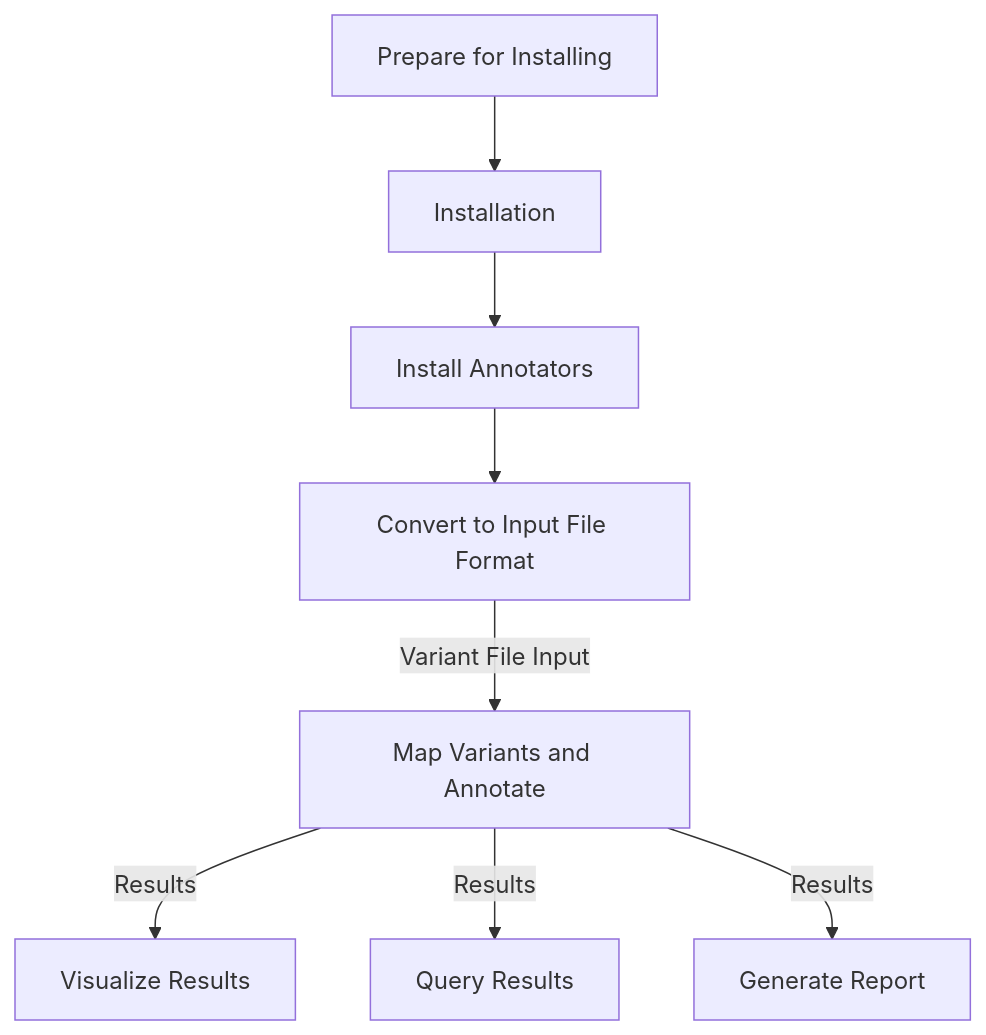
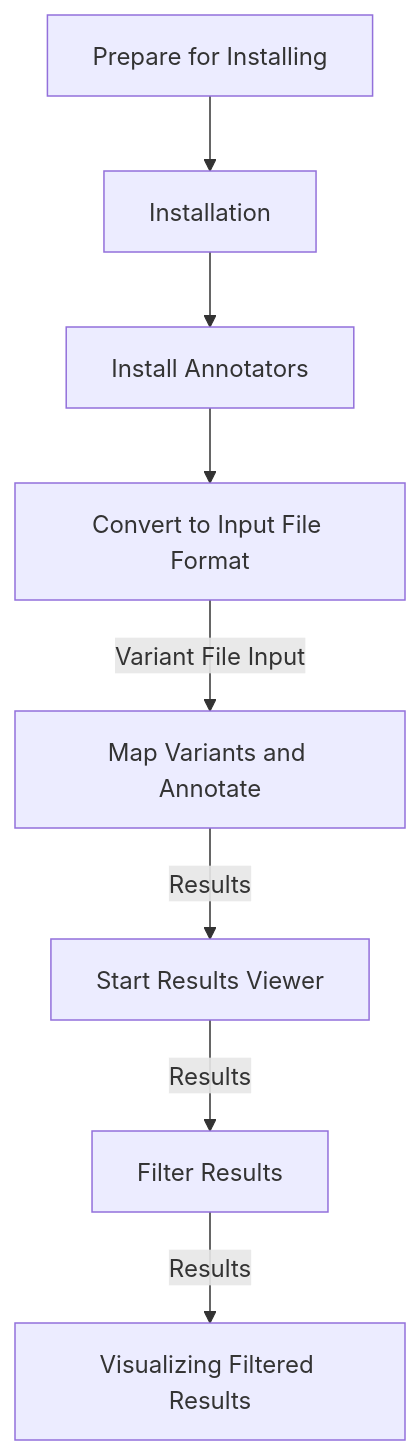
One commit to KarchinLab/oc_vignettes changed the diagram in getting_started_cli.qmd. Above: the diagram before and after it, drawn with Mermaid. The commit also changed other lines of this file and 3 other files, not shown here.

````diff
--- a/getting_started_cli.qmd
+++ b/getting_started_cli.qmd
@@ -25,16 +25,18 @@
 ```{mermaid}
 flowchart TD
     L[Prepare for Installing] --> A
     click L "#preparing-and-installing-open-cravat"
     A[Installation] --> G[Install Annotators]
-    click A "#installing-open-cravat"
+    click A "#installing-opencravat"
     click G "#installing-annotators"
     G --> B[Convert to Input File Format]
     click B "#understanding-the-input-file-format"
     B -->|Variant File Input| C[Map Variants and Annotate]
     click C "#annotating-our-example"
-    C -->|Results|D[Visualize Results]
-    click D "#visualizing-our-results"
-    C -->|Results| E[Query Results]
-    C -->|Results| F[Generate Report]
+    C -->|Results|D[Start Results Viewer]
+    click D "#starting-the-results-viewer"
+    D -->|Results| E[Filter Results]
+    click E "#examining-our-results-file-and-filtering"
+    E -->|Results| F[Visualizing Filtered Results]
+    click F "#visualizing-our-filtered-results"
 ```
````
